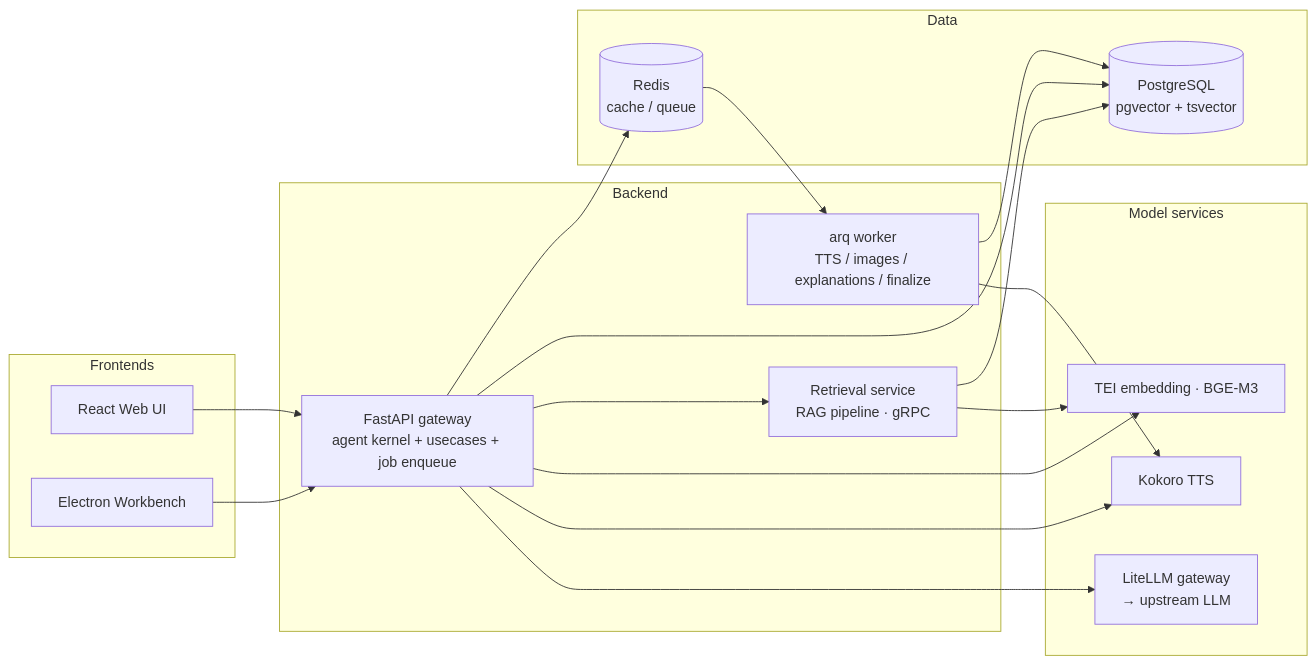
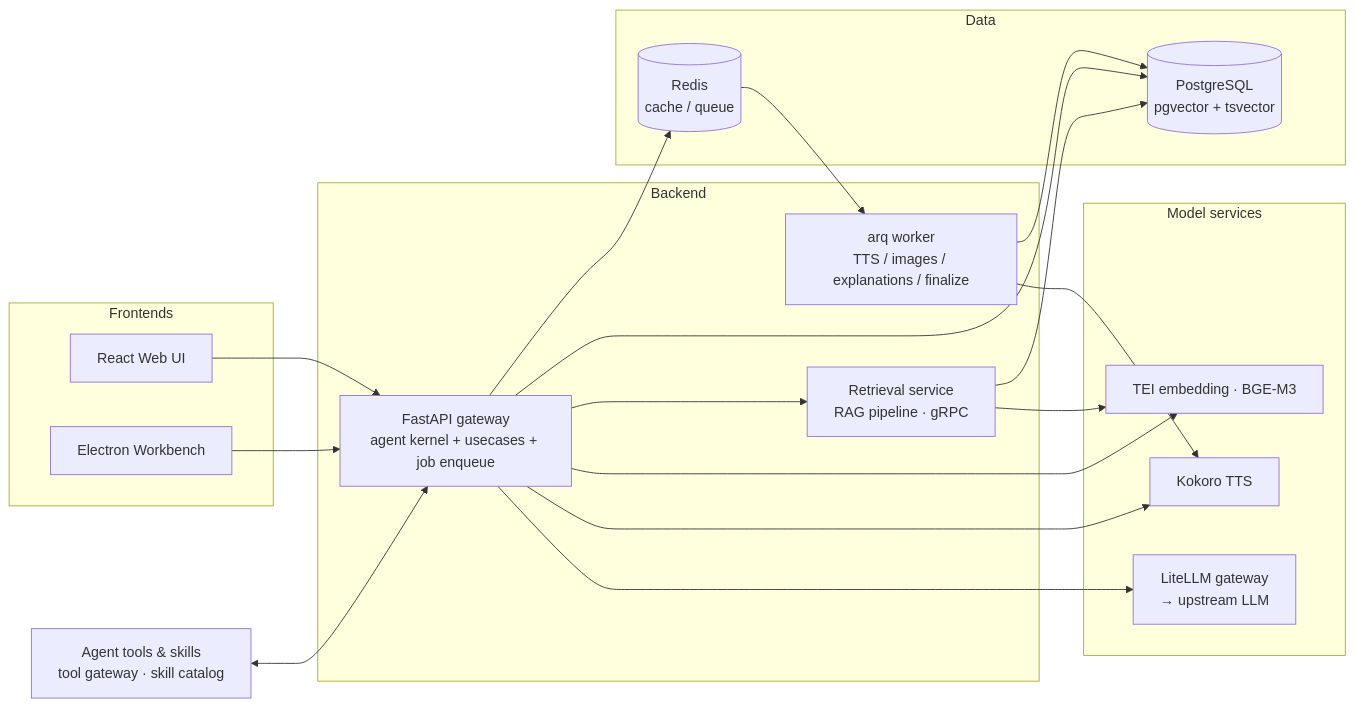
One commit to Eric-LLMs/DeepDive changed the diagram in README.md. Above: the diagram before and after it, drawn with Mermaid.

Commit message:
docs: add agent tools/skills node to architecture diagram and reorder key features

````diff
--- a/README.md
+++ b/README.md
@@ -21,35 +21,37 @@
 ```mermaid
 flowchart LR
     subgraph Frontends
         web[React Web UI]
         desk[Electron Workbench]
     end
     subgraph Backend
         api[FastAPI gateway<br/>agent kernel + usecases + job enqueue]
         wk[arq worker<br/>TTS / images / explanations / finalize]
         rs[Retrieval service<br/>RAG pipeline · gRPC]
     end
     subgraph Data
         pg[(PostgreSQL<br/>pgvector + tsvector)]
         rd[(Redis<br/>cache / queue)]
     end
     subgraph Model services
         emb[TEI embedding · BGE-M3]
         tts[Kokoro TTS]
         llm[LiteLLM gateway<br/>→ upstream LLM]
     end
+    agt[Agent tools & skills<br/>tool gateway · skill catalog]
 
     web --> api
     desk --> api
+    agt <--> api
     api --> rd
     rd --> wk
     api --> pg
     wk --> pg
     api --> rs
     rs --> pg
     api --> emb
     api --> tts
     api --> llm
     wk --> tts
     rs --> emb
 ```
````
